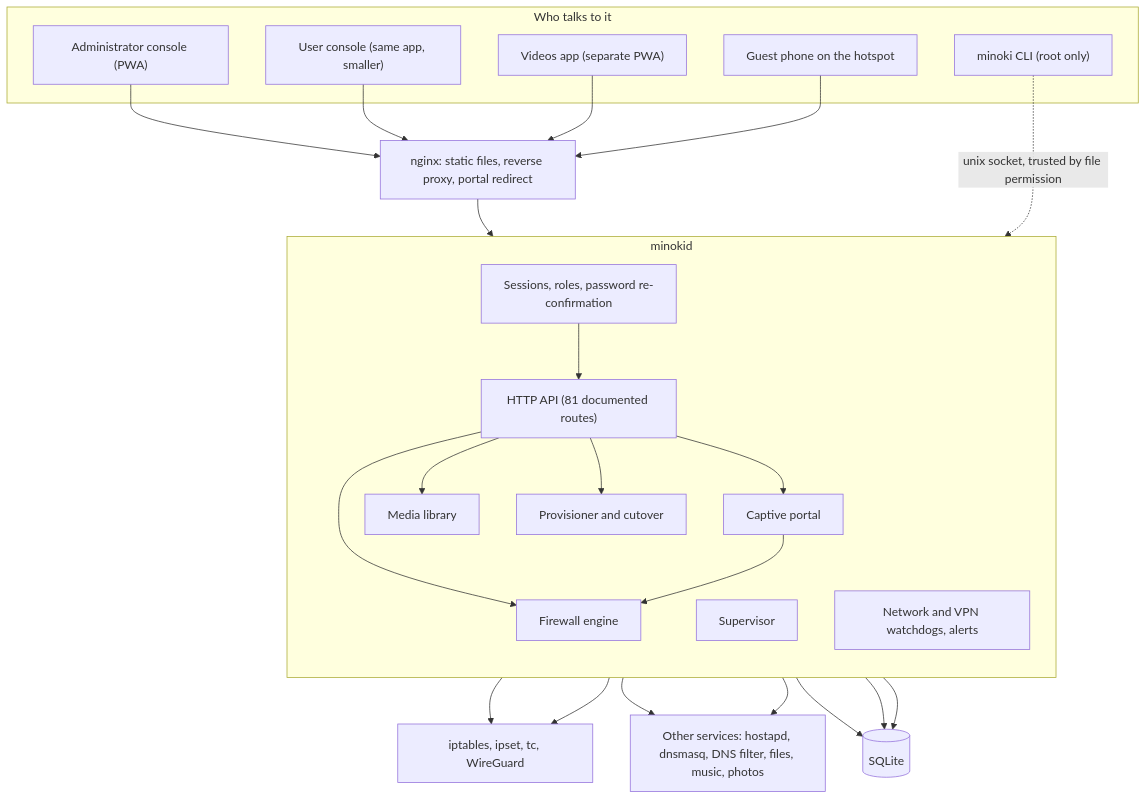
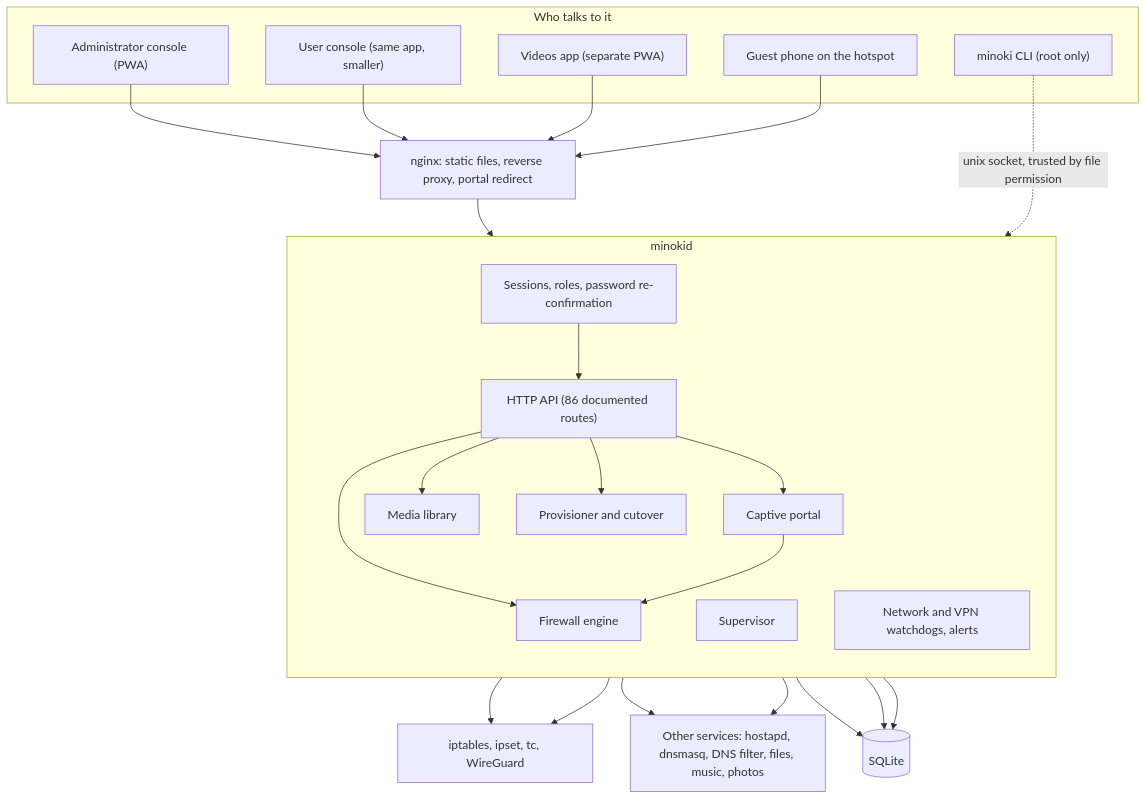
The first of 3 diagrams in docs/ARCHITECTURE.md (yashjswl/minoki-server-manager-showcase), drawn with Mermaid before and after one commit. The commit also changed 7 other files, not shown here.

````diff
--- a/docs/ARCHITECTURE.md
+++ b/docs/ARCHITECTURE.md
@@ -7,36 +7,36 @@
 ```mermaid
 flowchart TB
   subgraph Edge["Who talks to it"]
     ADM["Administrator console (PWA)"]
     USR["User console (same app, smaller)"]
     VID["Videos app (separate PWA)"]
     GST["Guest phone on the hotspot"]
     CLI["minoki CLI (root only)"]
   end
   NG["nginx: static files, reverse proxy, portal redirect"]
   subgraph Daemon["minokid"]
     direction TB
     AUTH["Sessions, roles, password re-confirmation"]
-    API["HTTP API (81 documented routes)"]
+    API["HTTP API (86 documented routes)"]
     FW["Firewall engine"]
     PORTAL["Captive portal"]
     MEDIA["Media library"]
     PROV["Provisioner and cutover"]
     SUP["Supervisor"]
     WATCH["Network and VPN watchdogs, alerts"]
   end
   DB[("SQLite")]
   KERNEL["iptables, ipset, tc, WireGuard"]
   SVC["Other services: hostapd, dnsmasq, DNS filter, files, music, photos"]
   ADM & USR & VID --> NG
   GST --> NG
   NG --> AUTH --> API
   CLI -. "unix socket, trusted by file permission" .-> API
   API --> FW & PORTAL & MEDIA & PROV
   FW --> KERNEL
   PORTAL --> FW
   PROV --> SVC
   SUP --> SVC
   WATCH --> KERNEL
   API & MEDIA & AUTH --> DB
 ```
````
